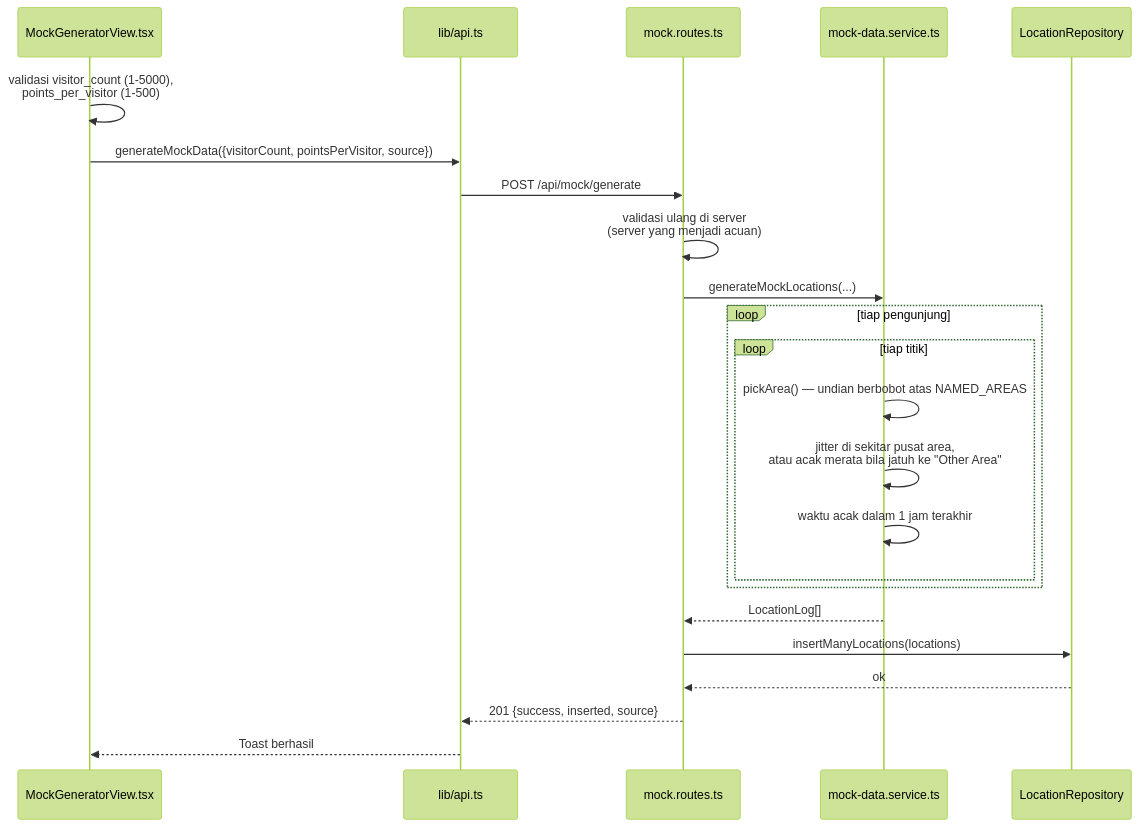
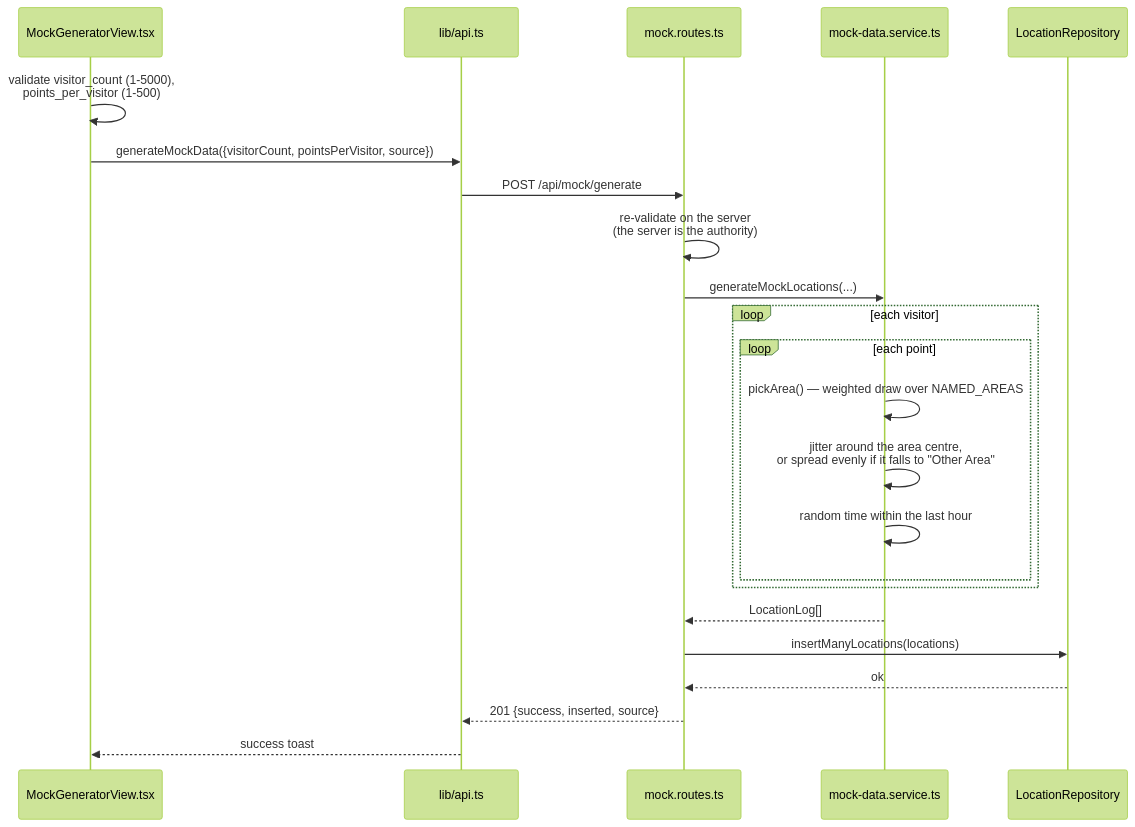
One commit to Hitchgernn/heatmap-dashboard changed the eighth of 8 diagrams in docs/BLUEPRINT.md. Above: the diagram before and after it, drawn with Mermaid (forest theme). The commit also changed other lines of this file and 11 other files, not shown here.

````diff
--- a/docs/BLUEPRINT.md
+++ b/docs/BLUEPRINT.md
@@ -665,28 +648,28 @@
 ```mermaid
 sequenceDiagram
     participant UI as MockGeneratorView.tsx
     participant API as lib/api.ts
     participant Route as mock.routes.ts
     participant Gen as mock-data.service.ts
     participant Repo as LocationRepository
 
-    UI->>UI: validasi visitor_count (1-5000),<br/>points_per_visitor (1-500)
+    UI->>UI: validate visitor_count (1-5000),<br/>points_per_visitor (1-500)
     UI->>API: generateMockData({visitorCount, pointsPerVisitor, source})
     API->>Route: POST /api/mock/generate
-    Route->>Route: validasi ulang di server<br/>(server yang menjadi acuan)
+    Route->>Route: re-validate on the server<br/>(the server is the authority)
     Route->>Gen: generateMockLocations(...)
 
-    loop tiap pengunjung
-        loop tiap titik
-            Gen->>Gen: pickArea() — undian berbobot atas NAMED_AREAS
-            Gen->>Gen: jitter di sekitar pusat area,<br/>atau acak merata bila jatuh ke "Other Area"
-            Gen->>Gen: waktu acak dalam 1 jam terakhir
+    loop each visitor
+        loop each point
+            Gen->>Gen: pickArea() — weighted draw over NAMED_AREAS
+            Gen->>Gen: jitter around the area centre,<br/>or spread evenly if it falls to "Other Area"
+            Gen->>Gen: random time within the last hour
         end
     end
 
     Gen-->>Route: LocationLog[]
     Route->>Repo: insertManyLocations(locations)
     Repo-->>Route: ok
     Route-->>API: 201 {success, inserted, source}
-    API-->>UI: Toast berhasil
+    API-->>UI: success toast
 ```
````
